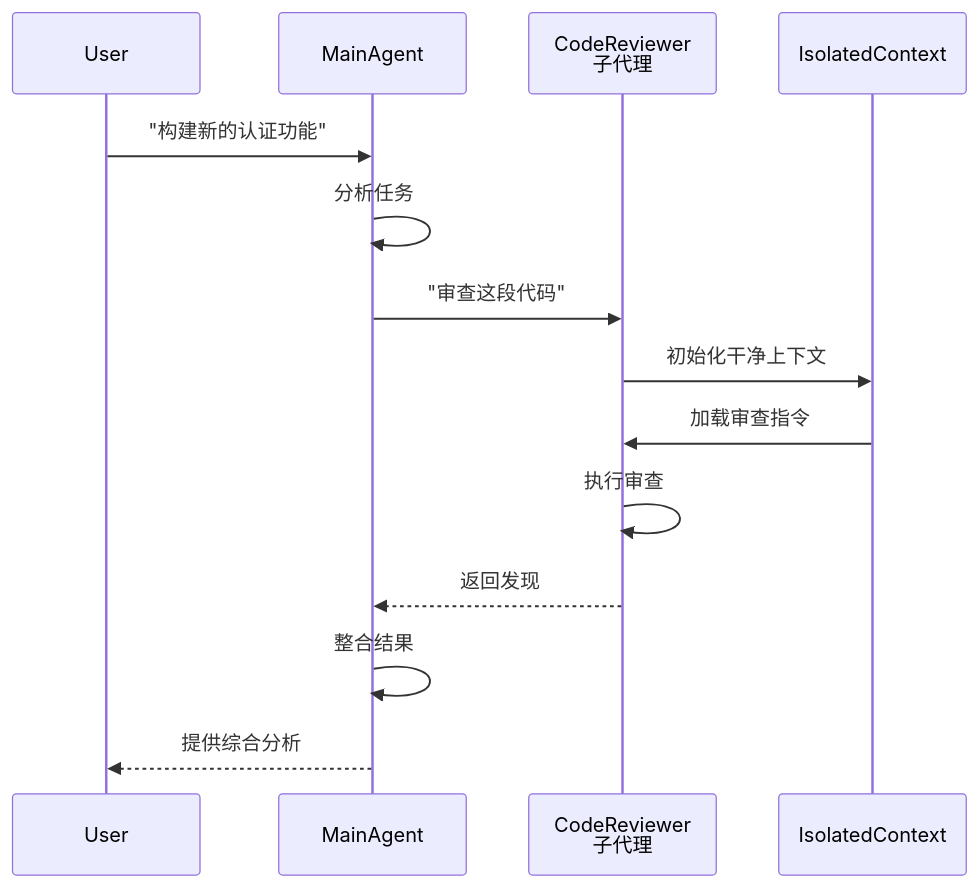
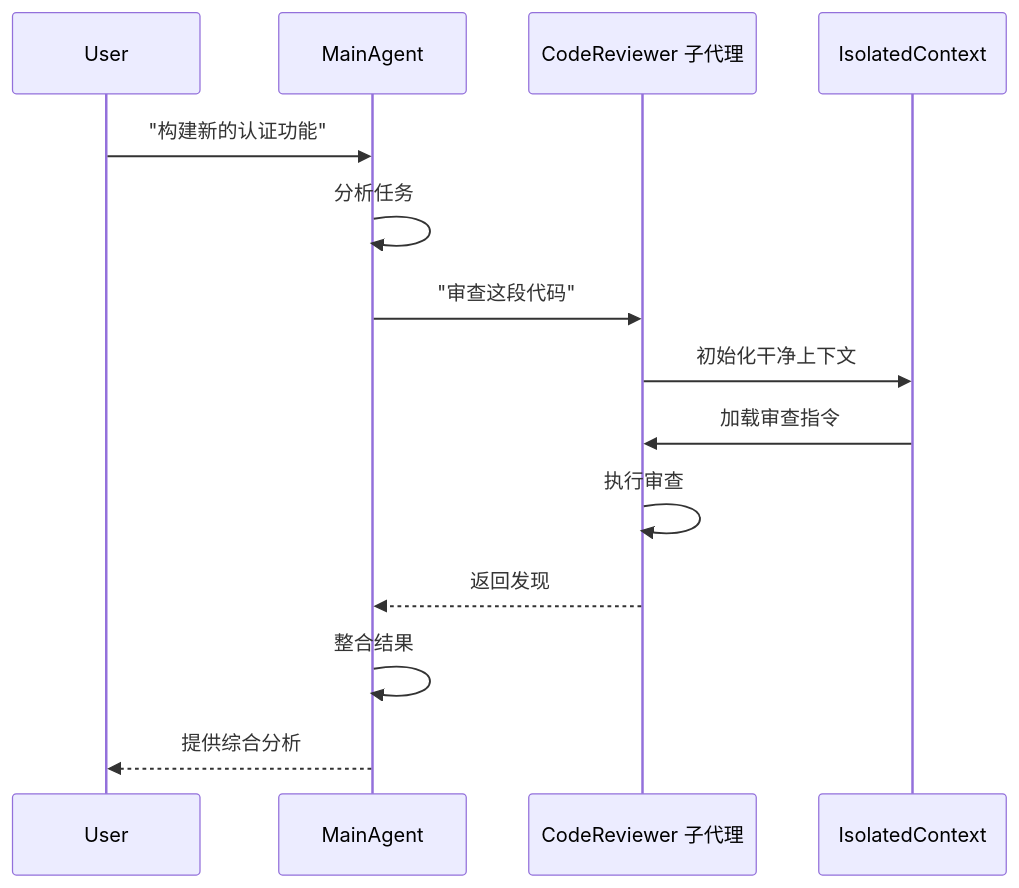
Before and after one commit to Rx782-Fss/claude-howto-zh: the fifth of 31 diagrams in claude_concepts_guide.md, drawn with Mermaid. The commit also changed other lines of this file and 6 other files, not shown here.

Commit message:
fix: 清除 Mermaid 内所有全角标点/emoji/<br/> (最终修复)

````diff
--- a/claude_concepts_guide.md
+++ b/claude_concepts_guide.md
@@ -242,17 +242,17 @@
 ```mermaid
 sequenceDiagram
     participant User
     participant MainAgent as MainAgent
-    participant CodeReviewer as CodeReviewer<br/>子代理
+    participant CodeReviewer as CodeReviewer 子代理
     participant Context as IsolatedContext
 
     User->>MainAgent: "构建新的认证功能"
     MainAgent->>MainAgent: 分析任务
     MainAgent->>CodeReviewer: "审查这段代码"
     CodeReviewer->>Context: 初始化干净上下文
     Context->>CodeReviewer: 加载审查指令
     CodeReviewer->>CodeReviewer: 执行审查
     CodeReviewer-->>MainAgent: 返回发现
     MainAgent->>MainAgent: 整合结果
     MainAgent-->>User: 提供综合分析
 ```
````
